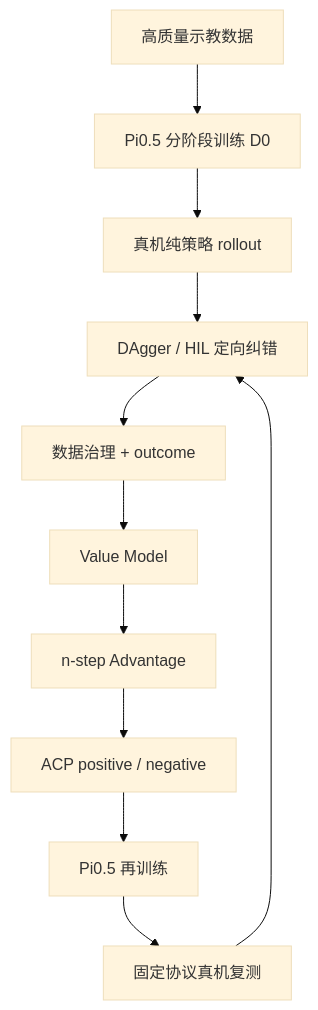
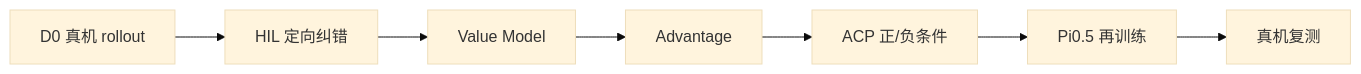
Before and after one commit to l2ktech/wzy-portfolio: the diagram in content/projects/evo-rl.md, drawn with Mermaid (base theme). The commit also changed other lines of this file, not shown here.

````diff
--- a/content/projects/evo-rl.md
+++ b/content/projects/evo-rl.md
@@ -12,13 +101,9 @@
 ```mermaid
-flowchart TD
-  A["高质量示教数据"] --> B["Pi0.5 分阶段训练 D0"]
-  B --> C["真机纯策略 rollout"]
-  C --> D["DAgger / HIL 定向纠错"]
-  D --> E["数据治理 + outcome"]
-  E --> F["Value Model"]
-  F --> G["n-step Advantage"]
-  G --> H["ACP positive / negative"]
-  H --> I["Pi0.5 再训练"]
-  I --> J["固定协议真机复测"]
-  J --> D
+flowchart LR
+  A["D0 真机 rollout"] --> B["HIL 定向纠错"]
+  B --> C["Value Model"]
+  C --> D["Advantage"]
+  D --> E["ACP 正/负条件"]
+  E --> F["Pi0.5 再训练"]
+  F --> G["真机复测"]
 ```
````
